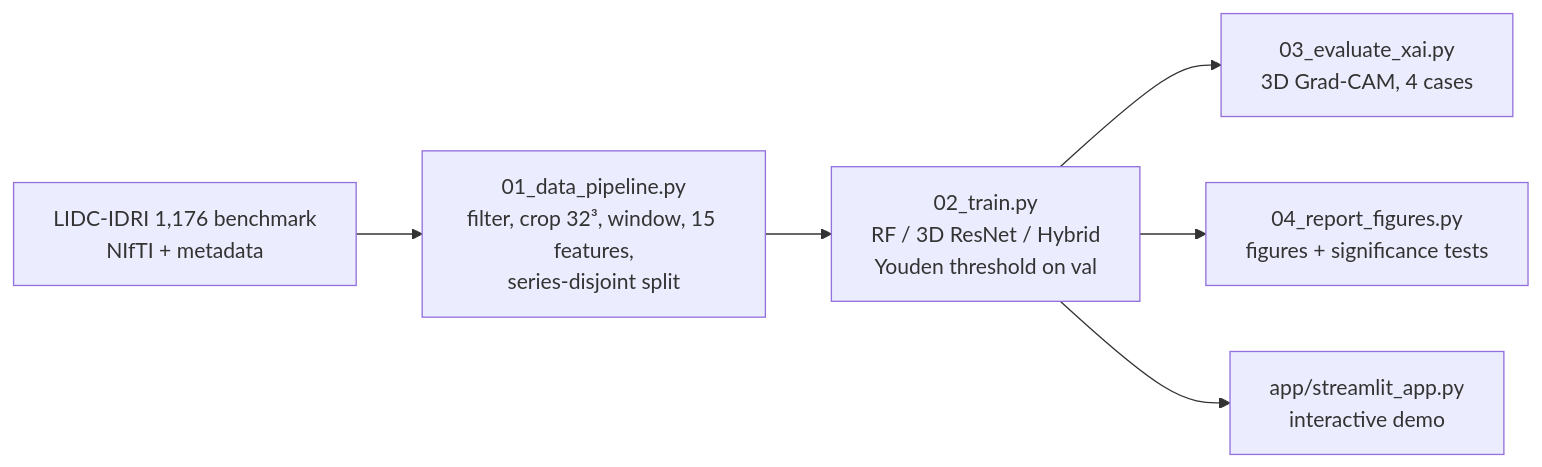
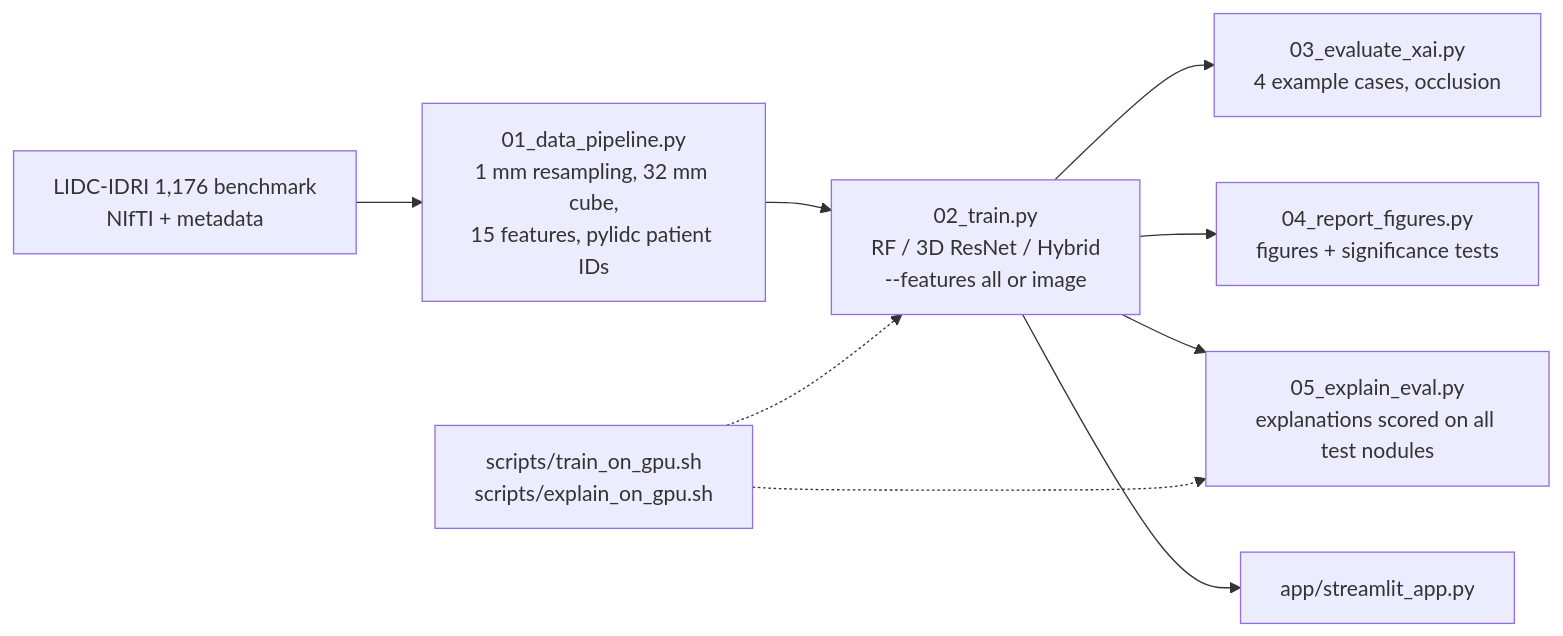
Before and after one commit to Shrinkhal01/2026-hybrid-nodule-v2: the diagram in README.md, drawn with Mermaid. The commit also changed other lines of this file and 2 other files, not shown here.

````diff
--- a/README.md
+++ b/README.md
@@ -42,8 +65,11 @@
 ```mermaid
 flowchart LR
-  A[LIDC-IDRI 1,176 benchmark<br/>NIfTI + metadata] --> B[01_data_pipeline.py<br/>filter, crop 32³, window, 15 features,<br/>series-disjoint split]
-  B --> C[02_train.py<br/>RF / 3D ResNet / Hybrid<br/>Youden threshold on val]
-  C --> D[03_evaluate_xai.py<br/>3D Grad-CAM, 4 cases]
+  A[LIDC-IDRI 1,176 benchmark<br/>NIfTI + metadata] --> B[01_data_pipeline.py<br/>1 mm resampling, 32 mm cube,<br/>15 features, pylidc patient IDs]
+  B --> C[02_train.py<br/>RF / 3D ResNet / Hybrid<br/>--features all or image]
+  C --> D[03_evaluate_xai.py<br/>4 example cases, occlusion]
   C --> E[04_report_figures.py<br/>figures + significance tests]
-  C --> F[app/streamlit_app.py<br/>interactive demo]
+  C --> F[05_explain_eval.py<br/>explanations scored on all test nodules]
+  C --> G[app/streamlit_app.py]
+  S[scripts/train_on_gpu.sh<br/>scripts/explain_on_gpu.sh] -.-> C
+  S -.-> F
 ```
````
